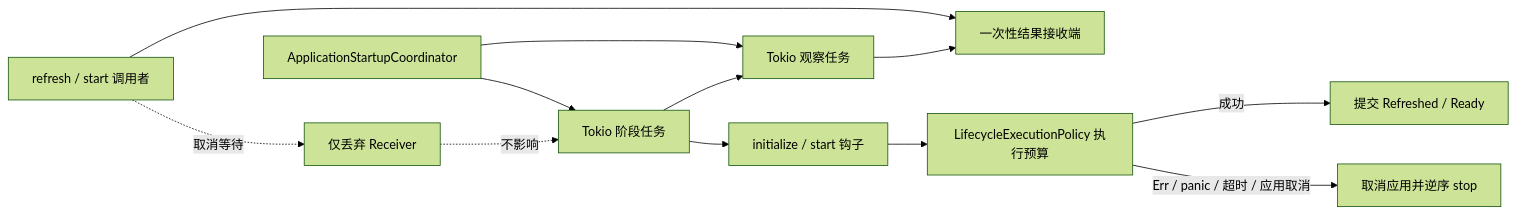
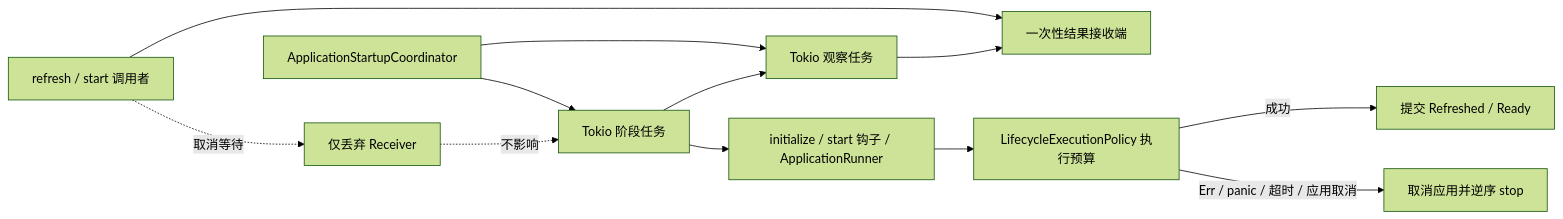
One commit to easy-4-rust/vernal changed diagram 19 of 25 in docs/Vernal-Architecture.zh_CN.md. Above: the diagram before and after it, drawn with Mermaid (forest theme). The commit also changed other lines of this file and 36 other files, not shown here.

````diff
--- a/docs/Vernal-Architecture.zh_CN.md
+++ b/docs/Vernal-Architecture.zh_CN.md
@@ -1112,14 +1157,14 @@
 ```mermaid
 flowchart LR
     Caller["refresh / start 调用者"] --> Receiver["一次性结果接收端"]
     Caller -.->|"取消等待"| Dropped["仅丢弃 Receiver"]
     Startup["ApplicationStartupCoordinator"] --> Operation["Tokio 阶段任务"]
     Startup --> Observer["Tokio 观察任务"]
-    Operation --> Hooks["initialize / start 钩子"]
+    Operation --> Hooks["initialize / start 钩子 / ApplicationRunner"]
     Hooks --> Budget["LifecycleExecutionPolicy 执行预算"]
     Budget -->|"成功"| Commit["提交 Refreshed / Ready"]
     Budget -->|"Err / panic / 超时 / 应用取消"| Rollback["取消应用并逆序 stop"]
     Operation --> Observer
     Observer --> Receiver
     Dropped -.->|"不影响"| Operation
 ```
````
